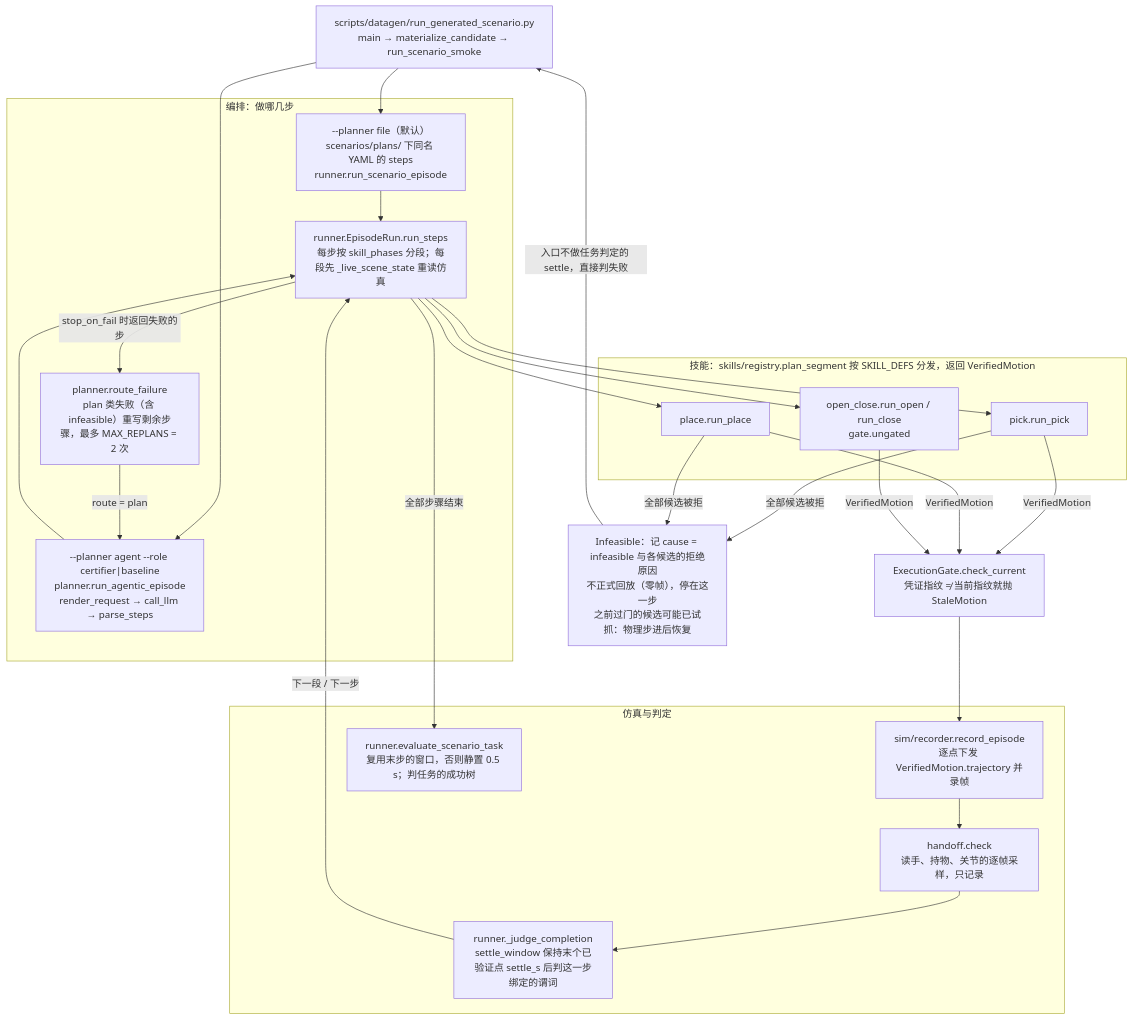
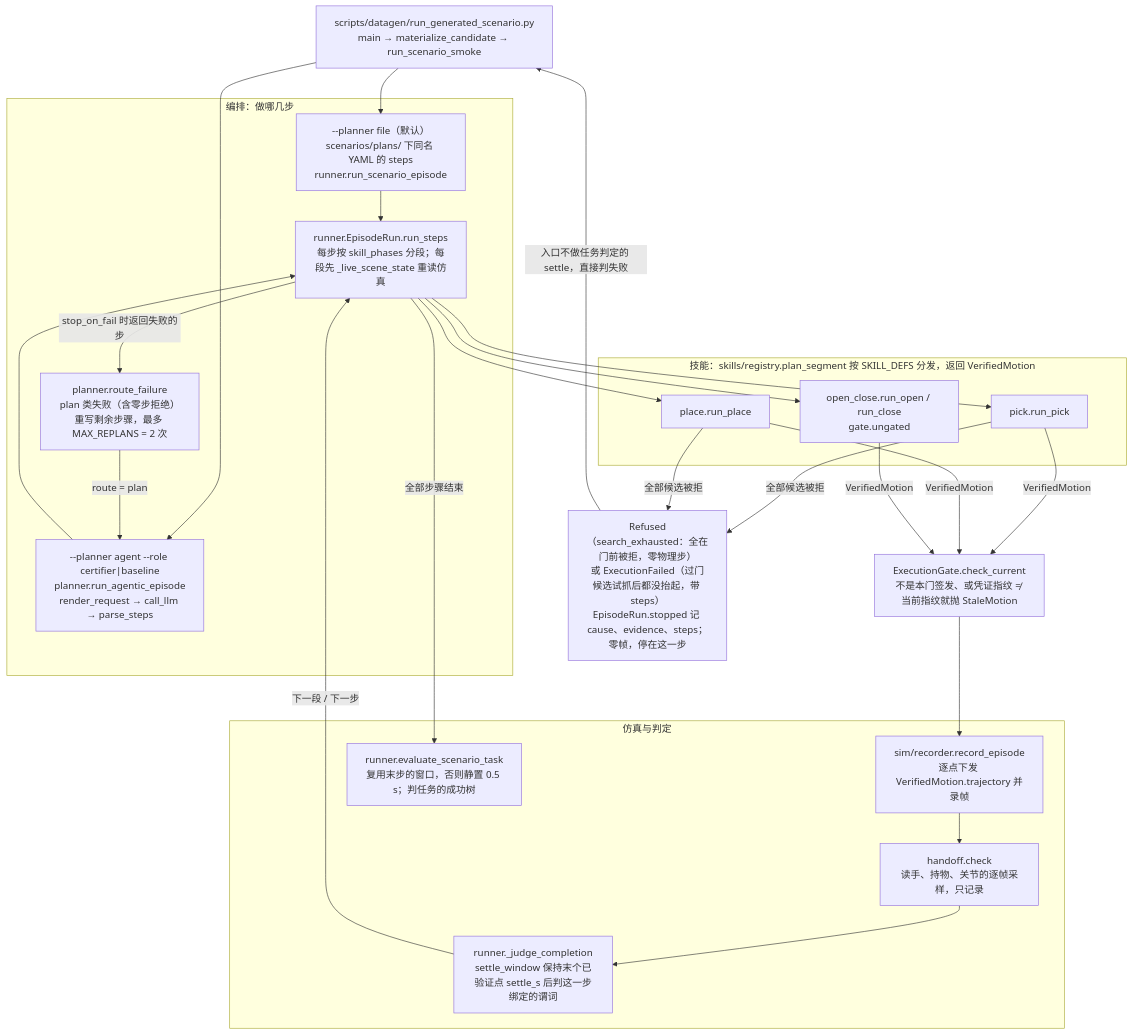
Before and after one commit to ZJLi2013/RoboSmith: the first of 2 diagrams in docs/call-chain.md, drawn with Mermaid. The commit also changed other lines of this file and 2 other files, not shown here.

Commit message:
docs: the gate's point check, explicit holding and labelled refusals, checked on cpu only

````diff
--- a/docs/call-chain.md
+++ b/docs/call-chain.md
@@ -11,39 +12,39 @@
 ```mermaid
 flowchart TD
     CLI["scripts/datagen/run_generated_scenario.py<br/>main → materialize_candidate → run_scenario_smoke"]
 
     subgraph ORCH["编排：做哪几步"]
         T["--planner file（默认）<br/>scenarios/plans/ 下同名 YAML 的 steps<br/>runner.run_scenario_episode"]
         A["--planner agent --role certifier|baseline<br/>planner.run_agentic_episode<br/>render_request → call_llm → parse_steps"]
-        RF["planner.route_failure<br/>plan 类失败（含 infeasible）重写剩余步骤，最多 MAX_REPLANS = 2 次"]
+        RF["planner.route_failure<br/>plan 类失败（含零步拒绝）重写剩余步骤，最多 MAX_REPLANS = 2 次"]
         RUN["runner.EpisodeRun.run_steps<br/>每步按 skill_phases 分段；每段先 _live_scene_state 重读仿真"]
     end
 
     subgraph SKILL["技能：skills/registry.plan_segment 按 SKILL_DEFS 分发，返回 VerifiedMotion"]
         PICK["pick.run_pick"]
         PLACE["place.run_place"]
         OC["open_close.run_open / run_close<br/>gate.ungated"]
     end
 
-    INF["Infeasible：记 cause = infeasible 与各候选的拒绝原因<br/>不正式回放（零帧），停在这一步<br/>之前过门的候选可能已试抓：物理步进后恢复"]
-    CUR["ExecutionGate.check_current<br/>凭证指纹 ≠ 当前指纹就抛 StaleMotion"]
+    INF["Refused（search_exhausted：全在门前被拒，零物理步）<br/>或 ExecutionFailed（过门候选试抓后都没抬起，带 steps）<br/>EpisodeRun.stopped 记 cause、evidence、steps；零帧，停在这一步"]
+    CUR["ExecutionGate.check_current<br/>不是本门签发、或凭证指纹 ≠ 当前指纹就抛 StaleMotion"]
 
     subgraph SIM["仿真与判定"]
         REC["sim/recorder.record_episode<br/>逐点下发 VerifiedMotion.trajectory 并录帧"]
         HO["handoff.check<br/>读手、持物、关节的逐帧采样，只记录"]
         JC["runner._judge_completion<br/>settle_window 保持末个已验证点 settle_s 后判这一步绑定的谓词"]
         TASK["runner.evaluate_scenario_task<br/>复用末步的窗口，否则静置 0.5 s；判任务的成功树"]
     end
 
     CLI --> T & A
     T --> RUN
     A --> RUN
     RUN -->|stop_on_fail 时返回失败的步| RF
     RF -->|route = plan| A
     RUN --> PICK & PLACE & OC
     PICK & PLACE -->|全部候选被拒| INF
     PICK & PLACE & OC -->|VerifiedMotion| CUR --> REC
     REC --> HO --> JC -->|下一段 / 下一步| RUN
     RUN -->|全部步骤结束| TASK
     INF -->|入口不做任务判定的 settle，直接判失败| CLI
 ```
````
